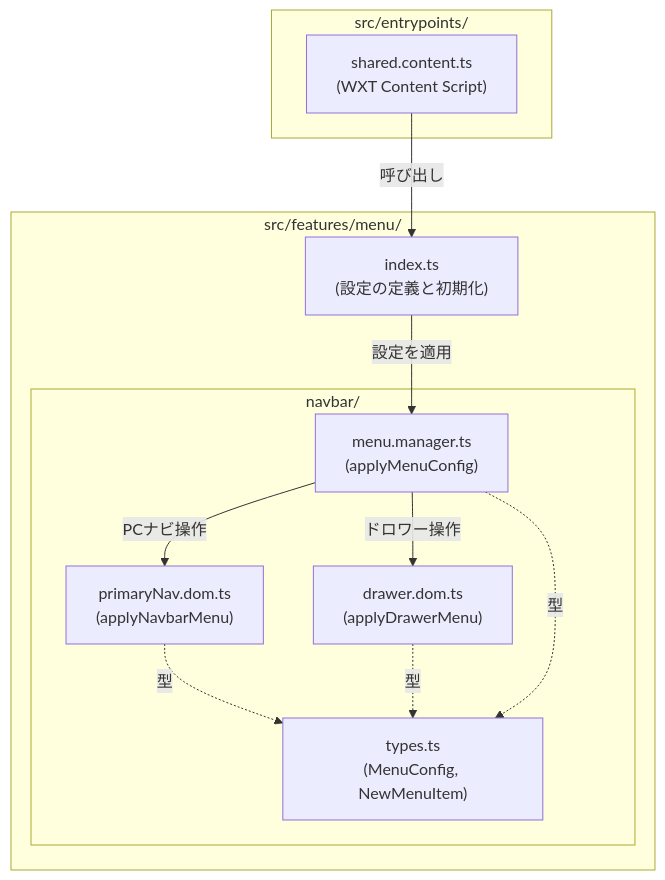
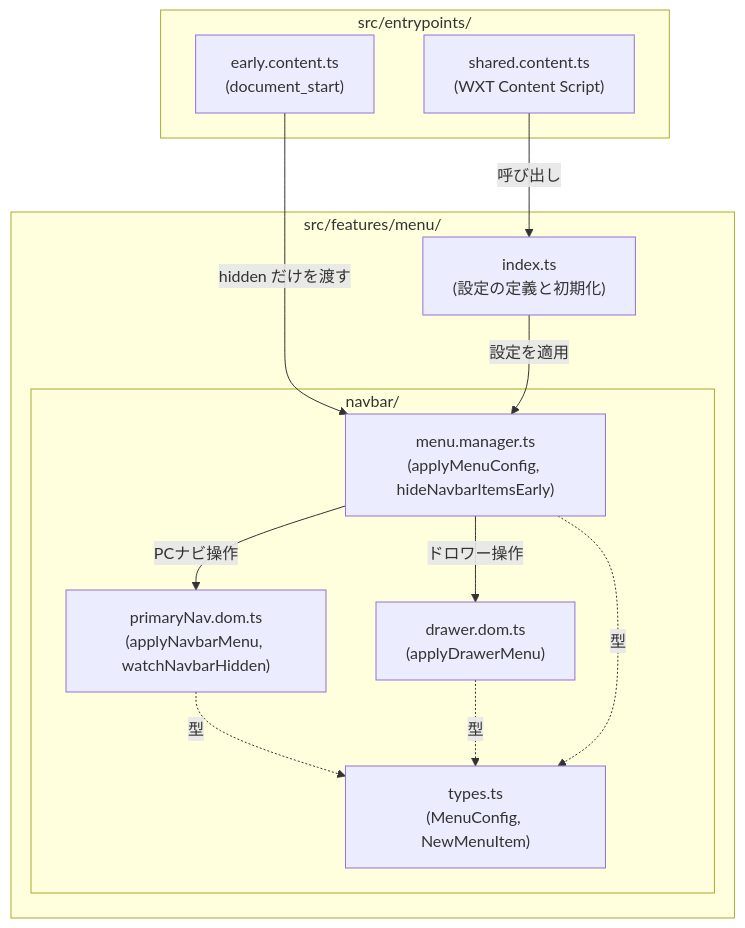
One commit to Ireroku/mi-mo changed the diagram in docs/impl/menu/navbar.md. Above: the diagram before and after it, drawn with Mermaid. The commit also changed other lines of this file and 5 other files, not shown here.

Commit message:
perf(menu): hide top navbar items from document_start with a MutationObserver

````diff
--- a/docs/impl/menu/navbar.md
+++ b/docs/impl/menu/navbar.md
@@ -7,25 +7,27 @@
 ```mermaid
 flowchart TD
     subgraph Entrypoints["src/entrypoints/"]
         SC["shared.content.ts<br/>(WXT Content Script)"]
+        EC["early.content.ts<br/>(document_start)"]
     end
 
     subgraph MenuFeature["src/features/menu/"]
         MI["index.ts<br/>(設定の定義と初期化)"]
 
         subgraph NavbarModule["navbar/"]
-            MM["menu.manager.ts<br/>(applyMenuConfig)"]
-            PN["primaryNav.dom.ts<br/>(applyNavbarMenu)"]
+            MM["menu.manager.ts<br/>(applyMenuConfig, hideNavbarItemsEarly)"]
+            PN["primaryNav.dom.ts<br/>(applyNavbarMenu, watchNavbarHidden)"]
             DR["drawer.dom.ts<br/>(applyDrawerMenu)"]
             TY["types.ts<br/>(MenuConfig, NewMenuItem)"]
         end
     end
 
     SC -->|呼び出し| MI
+    EC -->|hidden だけを渡す| MM
     MI -->|設定を適用| MM
     MM -->|PCナビ操作| PN
     MM -->|ドロワー操作| DR
     PN -.->|型| TY
     DR -.->|型| TY
     MM -.->|型| TY
 ```
````
